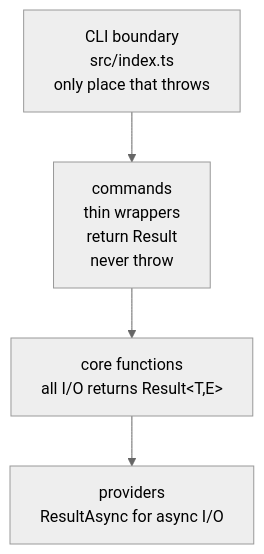
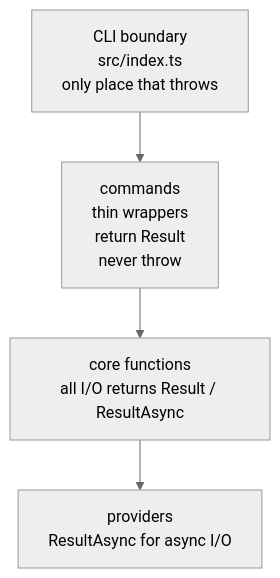
The second of 3 diagrams in resources/architecture/overview.md (vx-daniel/barf-ts), drawn with Mermaid (neutral theme) before and after one commit. The commit also changed other lines of this file and 16 other files, not shown here.

````diff
--- a/resources/architecture/overview.md
+++ b/resources/architecture/overview.md
@@ -71,6 +78,6 @@
 ```mermaid
 flowchart TD
     A["CLI boundary\nsrc/index.ts\nonly place that throws"] --> B["commands\nthin wrappers\nreturn Result\nnever throw"]
-    B --> C["core functions\nall I/O returns Result&lt;T,E&gt;"]
+    B --> C["core functions\nall I/O returns Result / ResultAsync"]
     C --> D["providers\nResultAsync for async I/O"]
 ```
````
